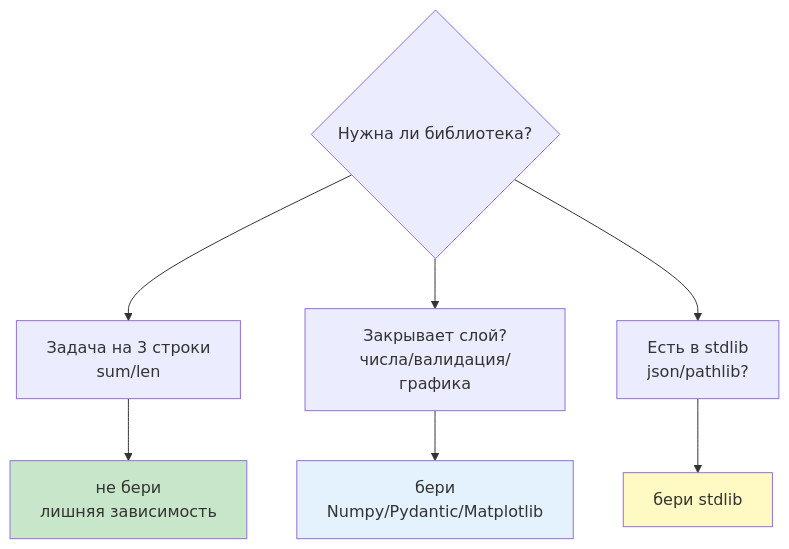
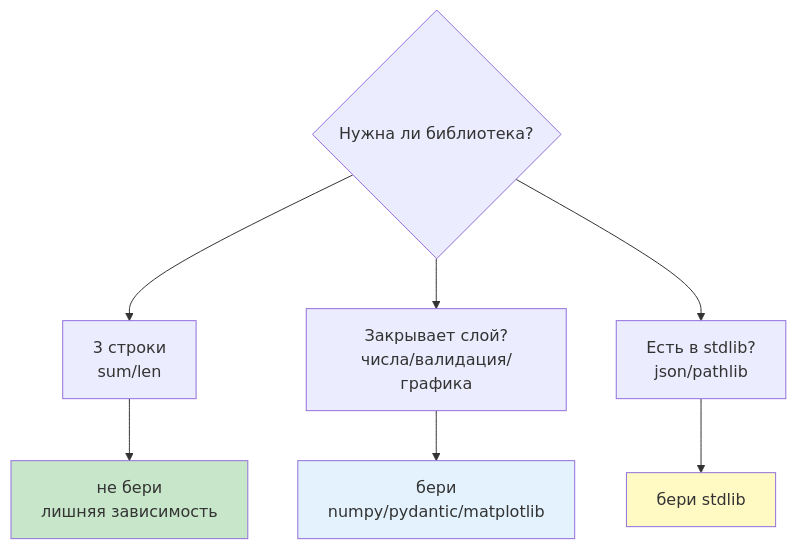
One commit to JayStorm228/College changed the first of 3 diagrams in 02_Курсы/01. Инженерные практики Python/01_Лекции/11. Сторонние библиотеки.md. Above: the diagram before and after it, drawn with Mermaid. The commit also changed other lines of this file and 7 other files, not shown here.

First line of the commit message:
инженерка 09,11-17: перепись разжёвано + диаграммы

````diff
--- a/02_Курсы/01. Инженерные практики Python/01_Лекции/11. Сторонние библиотеки.md
+++ b/02_Курсы/01. Инженерные практики Python/01_Лекции/11. Сторонние библиотеки.md
@@ -22,10 +24,10 @@
 ```mermaid
 flowchart TD
   Q{Нужна ли библиотека?}
-  Q --> A[Задача на 3 строки<br>sum/len] --> A1[не бери<br>лишняя зависимость]
-  Q --> B[Закрывает слой?<br>числа/валидация/графика] --> B1[бери<br>Numpy/Pydantic/Matplotlib]
-  Q --> C[Есть в stdlib<br>json/pathlib?] --> C1[бери stdlib]
+  Q --> A[3 строки<br>sum/len] --> A1[не бери<br>лишняя зависимость]
+  Q --> B[Закрывает слой?<br>числа/валидация/графика] --> B1[бери<br>numpy/pydantic/matplotlib]
+  Q --> C[Есть в stdlib?<br>json/pathlib] --> C1[бери stdlib]
   style A1 fill:#c8e6c9
   style B1 fill:#e3f2fd
   style C1 fill:#fff9c4
 ```
````
